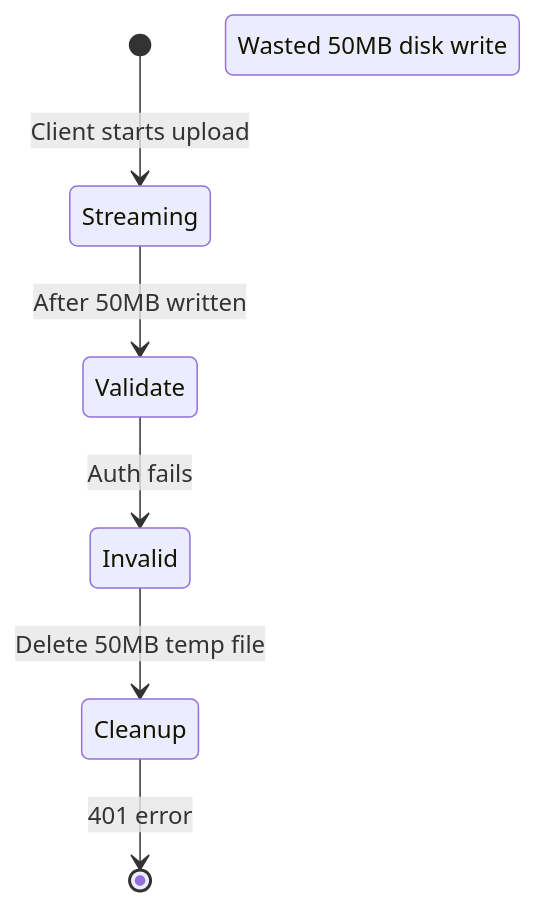
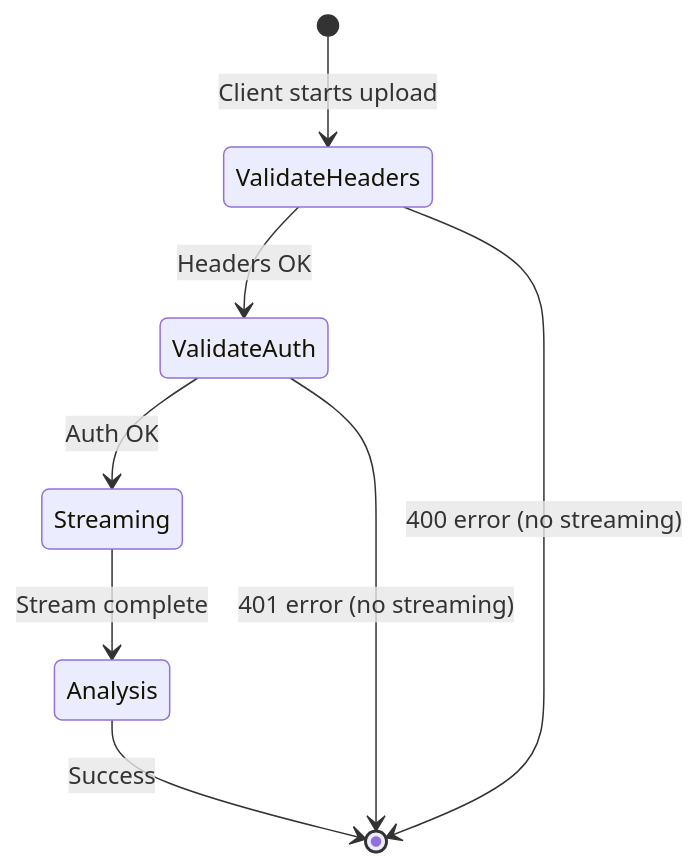
Before and after one commit to photom/magicer: diagram 20 of 52 in docs/explanation/ARCHITECTURE.md, drawn with Mermaid. The commit also changed other lines of this file and 2 other files, not shown here.

````diff
--- a/docs/explanation/ARCHITECTURE.md
+++ b/docs/explanation/ARCHITECTURE.md
@@ -1150,10 +1068,11 @@
 ```mermaid
 stateDiagram-v2
-    [*] --> Streaming: Client starts upload
-    Streaming --> Validate: After 50MB written
-    Validate --> Invalid: Auth fails
-    Invalid --> Cleanup: Delete 50MB temp file
-    Cleanup --> [*]: 401 error
+    [*] --> ValidateHeaders: Client starts upload
+    ValidateHeaders --> ValidateAuth: Headers OK
+    ValidateAuth --> Streaming: Auth OK
+    Streaming --> Analysis: Stream complete
+    Analysis --> [*]: Success
     
-    Note: Wasted 50MB disk write
+    ValidateHeaders --> [*]: 400 error (no streaming)
+    ValidateAuth --> [*]: 401 error (no streaming)
 ```
````
